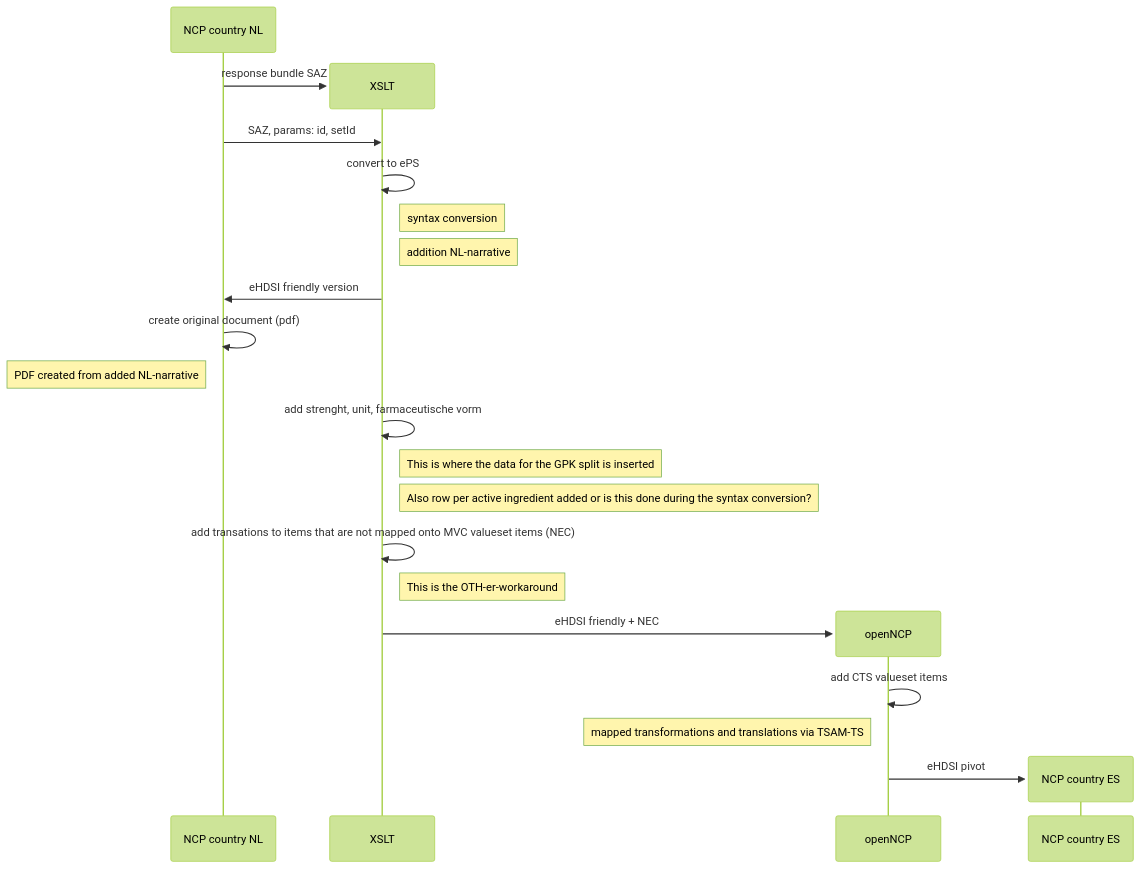
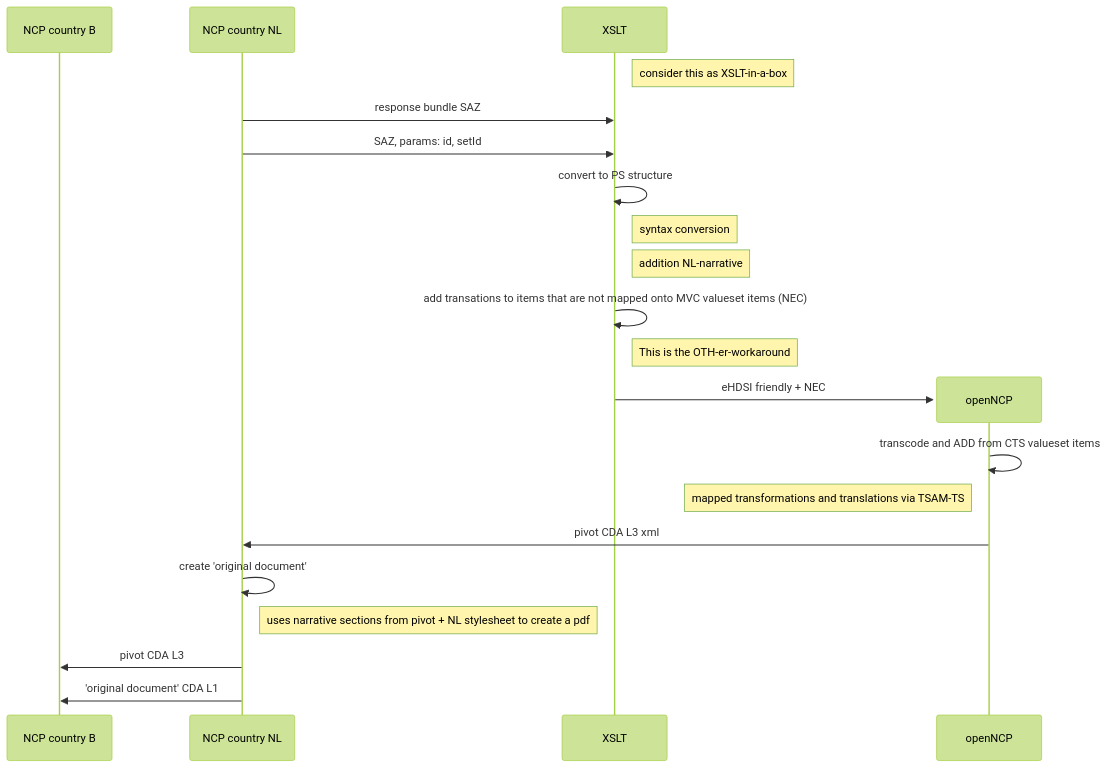
The diagram in nieuw.md (Nictiz/ncp-conversie), drawn with Mermaid (forest theme) before and after one commit. The commit also changed other lines of this file, not shown here.

Commit message:
Update sequence diagram in nieuw.md
Nieuw plaatje (voor o.a. Bas en Chevy en Nasra) om duidelijk te maken in welke stappen en op welk moment de pivot en 'original document' worden gemaakt.

````diff
--- a/nieuw.md
+++ b/nieuw.md
@@ -2,32 +3,23 @@
 ```mermaid
 sequenceDiagram
-
+  participant B as NCP country B
   participant A as NCP country NL
- 
-create participant XSLT
-
- 
+create participant XSLT as XSLT
+Note right of XSLT: consider this as XSLT-in-a-box
     A->>XSLT: response bundle SAZ
-
     A->>XSLT: SAZ, params: id, setId
-  
-    XSLT->>XSLT: convert to ePS
+    XSLT->>XSLT: convert to PS structure
 Note right of XSLT: syntax conversion
-Note right of XSLT: addition NL-narrative
-
-    XSLT->>A: eHDSI friendly version
-    A->>A: create original document (pdf)
-Note left of A: PDF created from added NL-narrative
-XSLT->>XSLT: add strenght, unit, farmaceutische vorm
-Note right of XSLT: This is where the data for the GPK split is inserted
-Note right of XSLT: Also row per active ingredient added or is this done during the syntax conversion?  
+Note right of XSLT: addition NL-narrative  
     XSLT->>XSLT: add transations to items that are not mapped onto MVC valueset items (NEC)
 Note right of XSLT: This is the OTH-er-workaround
   create participant openNCP
     XSLT->>openNCP: eHDSI friendly + NEC 
-   openNCP->>openNCP: add CTS valueset items
+   openNCP->>openNCP: transcode and ADD from CTS valueset items
 Note left of openNCP: mapped transformations and translations via TSAM-TS
-create participant NCP country ES
-    openNCP->> NCP country ES: eHDSI pivot
-
+openNCP->>A:pivot CDA L3 xml
+A->>A : create 'original document'
+Note right of A: uses narrative sections from pivot + NL stylesheet to create a pdf
+A->> B: pivot CDA L3
+  A->> B: 'original document' CDA L1
 ```
````
